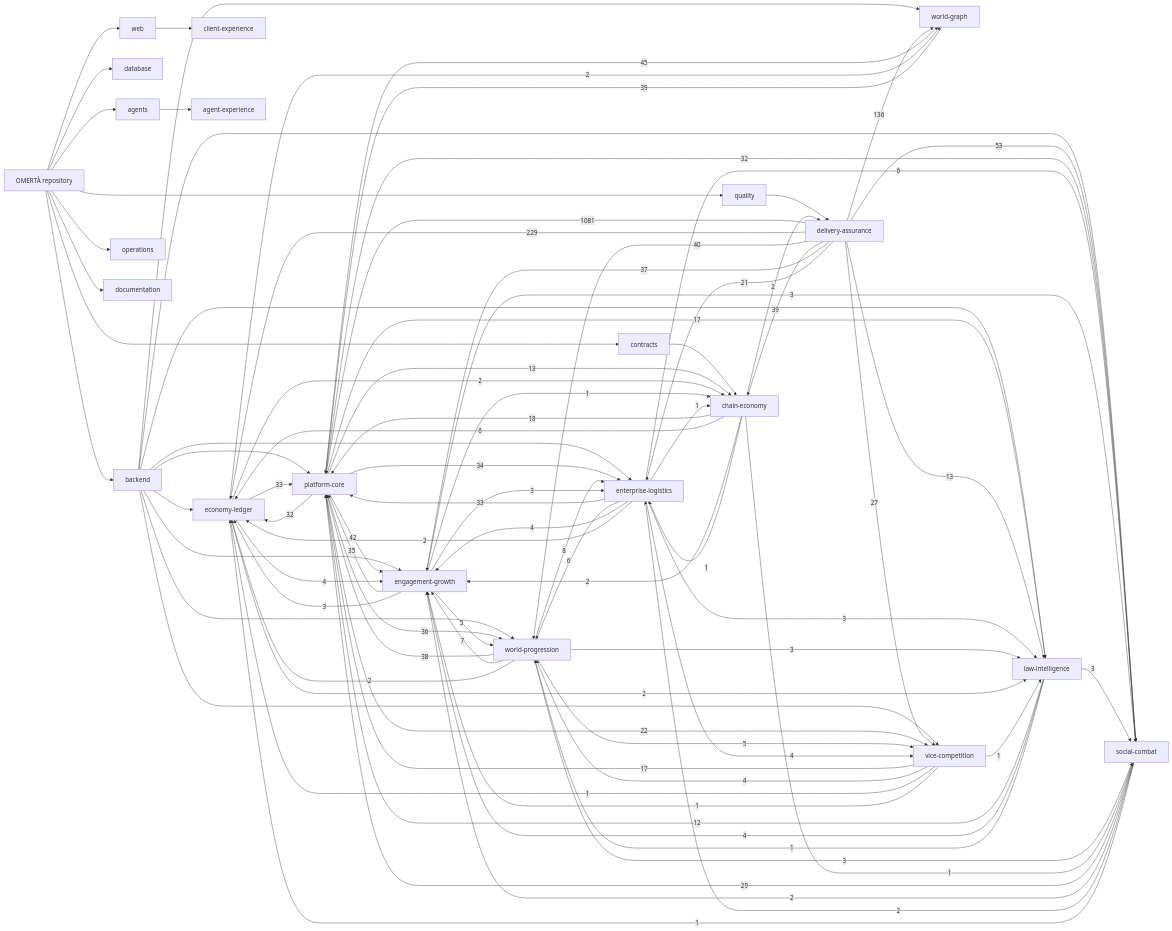
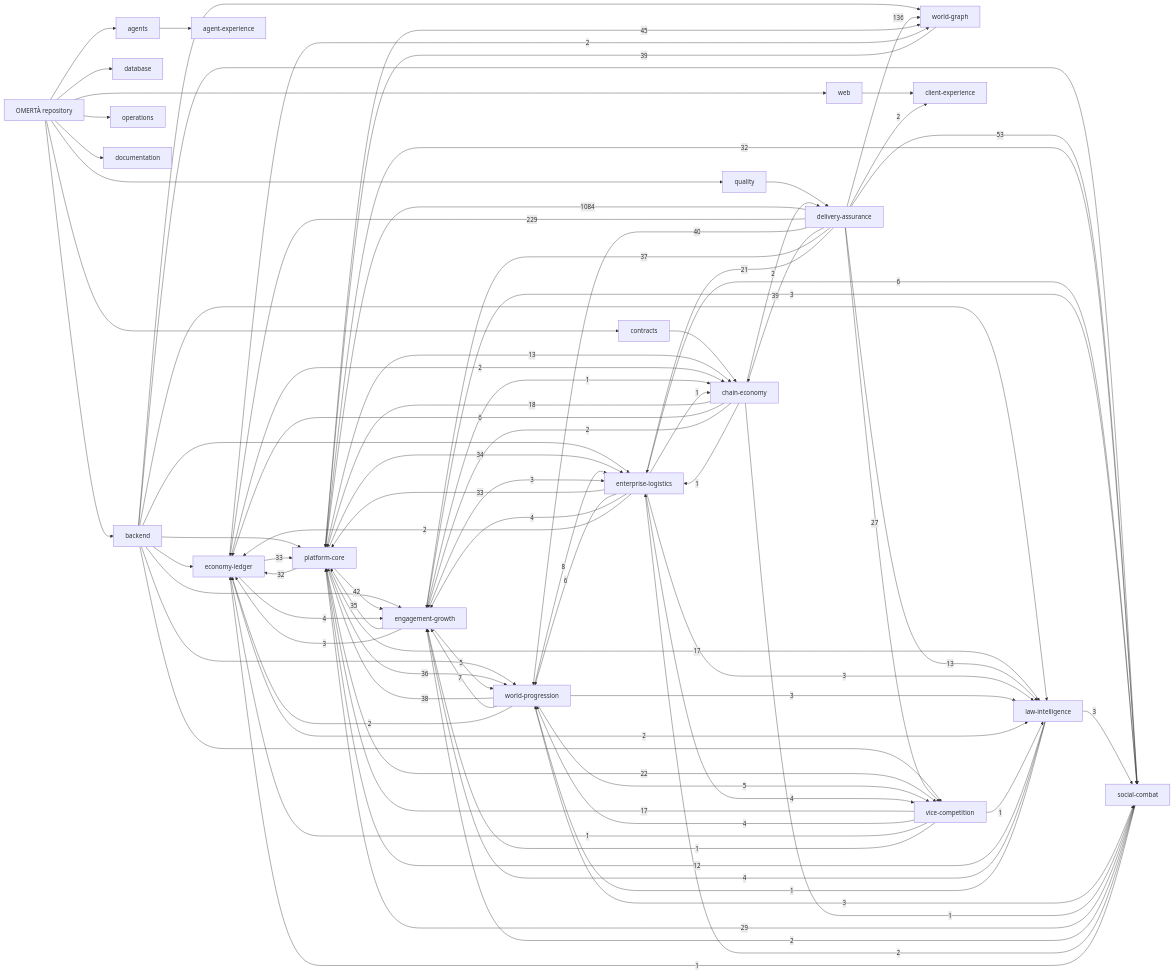
The diagram in knowledge/generated/graph.mmd (OmertaDev/Omerta), drawn with Mermaid before and after one commit. The commit also changed 7 other files, not shown here.

```diff
--- a/knowledge/generated/graph.mmd
+++ b/knowledge/generated/graph.mmd
@@ -1,109 +1,110 @@
 flowchart LR
   repo["OMERTÀ repository"]
   sub_backend["backend"]
   repo --> sub_backend
   sub_database["database"]
   repo --> sub_database
   sub_web["web"]
   repo --> sub_web
   sub_contracts["contracts"]
   repo --> sub_contracts
   sub_agents["agents"]
   repo --> sub_agents
   sub_quality["quality"]
   repo --> sub_quality
   sub_operations["operations"]
   repo --> sub_operations
   sub_documentation["documentation"]
   repo --> sub_documentation
   dom_platform-core["platform-core"]
   dom_economy-ledger["economy-ledger"]
   dom_social-combat["social-combat"]
   dom_world-progression["world-progression"]
   dom_world-graph["world-graph"]
   dom_enterprise-logistics["enterprise-logistics"]
   dom_vice-competition["vice-competition"]
   dom_law-intelligence["law-intelligence"]
   dom_chain-economy["chain-economy"]
   dom_engagement-growth["engagement-growth"]
   dom_client-experience["client-experience"]
   dom_agent-experience["agent-experience"]
   dom_delivery-assurance["delivery-assurance"]
   sub_agents --> dom_agent-experience
   sub_backend --> dom_economy-ledger
   sub_backend --> dom_engagement-growth
   sub_backend --> dom_enterprise-logistics
   sub_backend --> dom_law-intelligence
   sub_backend --> dom_platform-core
   sub_backend --> dom_social-combat
   sub_backend --> dom_vice-competition
   sub_backend --> dom_world-graph
   sub_backend --> dom_world-progression
   sub_contracts --> dom_chain-economy
   sub_quality --> dom_delivery-assurance
   sub_web --> dom_client-experience
-  dom_delivery-assurance -->|1081| dom_platform-core
+  dom_delivery-assurance -->|1084| dom_platform-core
   dom_delivery-assurance -->|229| dom_economy-ledger
   dom_delivery-assurance -->|136| dom_world-graph
   dom_delivery-assurance -->|53| dom_social-combat
   dom_platform-core -->|45| dom_world-graph
   dom_platform-core -->|42| dom_engagement-growth
   dom_delivery-assurance -->|40| dom_world-progression
   dom_delivery-assurance -->|39| dom_chain-economy
   dom_world-graph -->|39| dom_platform-core
   dom_world-progression -->|38| dom_platform-core
   dom_delivery-assurance -->|37| dom_engagement-growth
   dom_platform-core -->|36| dom_world-progression
   dom_engagement-growth -->|35| dom_platform-core
   dom_platform-core -->|34| dom_enterprise-logistics
   dom_economy-ledger -->|33| dom_platform-core
   dom_enterprise-logistics -->|33| dom_platform-core
   dom_platform-core -->|32| dom_economy-ledger
   dom_platform-core -->|32| dom_social-combat
   dom_social-combat -->|29| dom_platform-core
   dom_delivery-assurance -->|27| dom_vice-competition
   dom_platform-core -->|22| dom_vice-competition
   dom_delivery-assurance -->|21| dom_enterprise-logistics
   dom_chain-economy -->|18| dom_platform-core
   dom_platform-core -->|17| dom_law-intelligence
   dom_vice-competition -->|17| dom_platform-core
   dom_delivery-assurance -->|13| dom_law-intelligence
   dom_platform-core -->|13| dom_chain-economy
   dom_law-intelligence -->|12| dom_platform-core
   dom_world-progression -->|8| dom_enterprise-logistics
   dom_world-progression -->|7| dom_engagement-growth
   dom_chain-economy -->|6| dom_economy-ledger
   dom_enterprise-logistics -->|6| dom_social-combat
   dom_enterprise-logistics -->|6| dom_world-progression
   dom_engagement-growth -->|5| dom_world-progression
   dom_world-progression -->|5| dom_vice-competition
   dom_economy-ledger -->|4| dom_engagement-growth
   dom_enterprise-logistics -->|4| dom_engagement-growth
   dom_enterprise-logistics -->|4| dom_vice-competition
   dom_law-intelligence -->|4| dom_engagement-growth
   dom_vice-competition -->|4| dom_world-progression
   dom_engagement-growth -->|3| dom_economy-ledger
   dom_engagement-growth -->|3| dom_enterprise-logistics
   dom_engagement-growth -->|3| dom_social-combat
   dom_enterprise-logistics -->|3| dom_law-intelligence
   dom_law-intelligence -->|3| dom_social-combat
   dom_world-progression -->|3| dom_law-intelligence
   dom_world-progression -->|3| dom_social-combat
   dom_chain-economy -->|2| dom_delivery-assurance
   dom_chain-economy -->|2| dom_engagement-growth
+  dom_delivery-assurance -->|2| dom_client-experience
   dom_economy-ledger -->|2| dom_chain-economy
   dom_economy-ledger -->|2| dom_law-intelligence
   dom_economy-ledger -->|2| dom_world-graph
   dom_enterprise-logistics -->|2| dom_economy-ledger
   dom_social-combat -->|2| dom_engagement-growth
   dom_social-combat -->|2| dom_enterprise-logistics
   dom_world-progression -->|2| dom_economy-ledger
   dom_chain-economy -->|1| dom_enterprise-logistics
   dom_chain-economy -->|1| dom_social-combat
   dom_engagement-growth -->|1| dom_chain-economy
   dom_enterprise-logistics -->|1| dom_chain-economy
   dom_law-intelligence -->|1| dom_world-progression
   dom_social-combat -->|1| dom_economy-ledger
   dom_vice-competition -->|1| dom_economy-ledger
   dom_vice-competition -->|1| dom_engagement-growth
   dom_vice-competition -->|1| dom_law-intelligence
```
